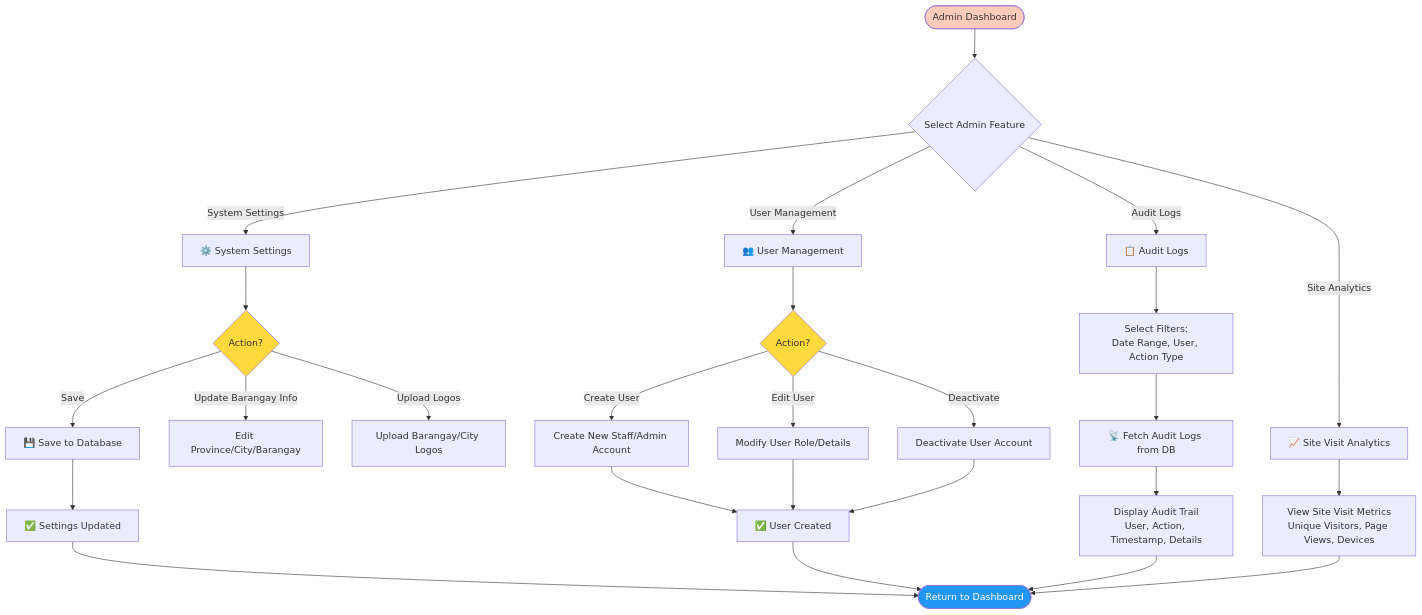
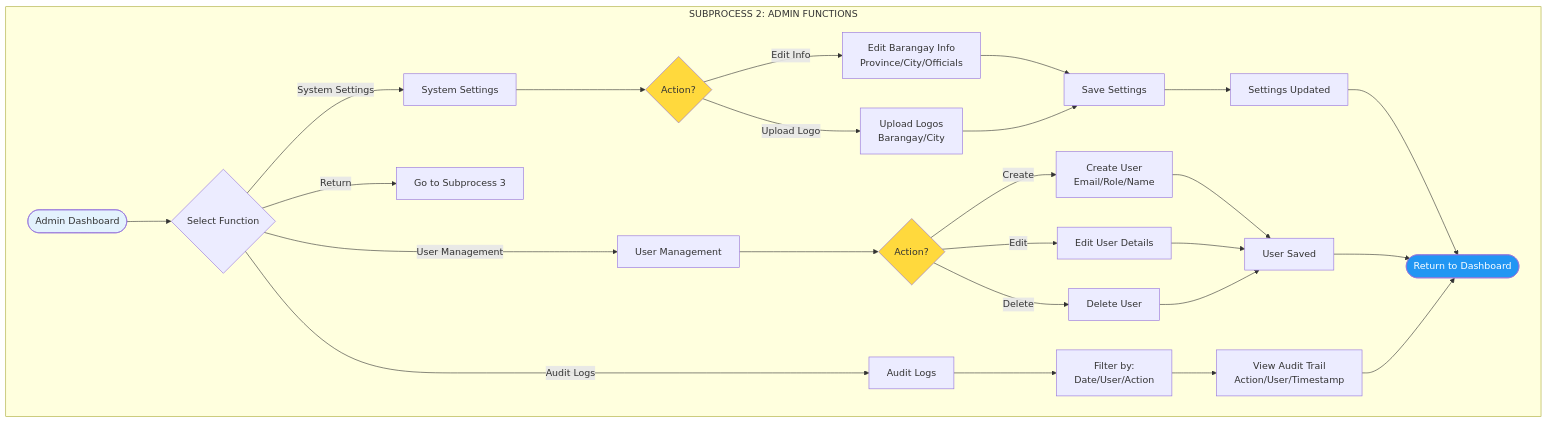
One commit to Godwynski/Final changed the fourth of 10 diagrams in public/README.md. Above: the diagram before and after it, drawn with Mermaid. The commit also changed other lines of this file and 15 other files, not shown here.

Commit message:
feat: Introduce core application layout, Supabase schema, and seed data, while removing analytics and site visit tracking features.

````diff
--- a/public/README.md
+++ b/public/README.md
@@ -475,41 +678,42 @@
 ```mermaid
 flowchart TD
-    Start([Admin Dashboard]) --> AdminMenu{Select Admin Feature}
+    subgraph Admin["SUBPROCESS 2: ADMIN FUNCTIONS"]
+        Start([Admin Dashboard]) --> Menu{Select Function}
 
-    AdminMenu -->|System Settings| Settings[⚙️ System Settings]
-    AdminMenu -->|User Management| Users[👥 User Management]
-    AdminMenu -->|Audit Logs| Audit[📋 Audit Logs]
-    AdminMenu -->|Site Analytics| SiteVisits[📈 Site Visit Analytics]
+        Menu -->|System Settings| Settings[System Settings]
+        Menu -->|User Management| Users[User Management]
+        Menu -->|Audit Logs| Audit[Audit Logs]
+        Menu -->|Return| ReturnOps[Go to Subprocess 3]
 
-    Settings --> SettingsAction{Action?}
-    SettingsAction -->|Update Barangay Info| UpdateInfo[Edit Province/City/Barangay]
-    SettingsAction -->|Upload Logos| UploadLogo[Upload Barangay/City Logos]
-    SettingsAction -->|Save| SaveSettings[💾 Save to Database]
+        %% System Settings
+        Settings --> SettingsAction{Action?}
+        SettingsAction -->|Edit Info| EditBarangay[Edit Barangay Info<br/>Province/City/Officials]
+        SettingsAction -->|Upload Logo| UploadLogo[Upload Logos<br/>Barangay/City]
+        EditBarangay --> SaveSettings[Save Settings]
+        UploadLogo --> SaveSettings
+        SaveSettings --> SettingsOK[Settings Updated]
 
-    SaveSettings --> SettingsSuccess[✅ Settings Updated]
+        %% User Management
+        Users --> UserAction{Action?}
+        UserAction -->|Create| CreateUser[Create User<br/>Email/Role/Name]
+        UserAction -->|Edit| EditUser[Edit User Details]
+        UserAction -->|Delete| DeleteUser[Delete User]
+        CreateUser --> UserOK[User Saved]
+        EditUser --> UserOK
+        DeleteUser --> UserOK
 
-    Users --> UserAction{Action?}
-    UserAction -->|Create User| CreateUser[Create New Staff/Admin Account]
-    UserAction -->|Edit User| EditUser[Modify User Role/Details]
-    UserAction -->|Deactivate| DeactivateUser[Deactivate User Account]
+        %% Audit Logs
+        Audit --> AuditFilters[Filter by:<br/>Date/User/Action]
+        AuditFilters --> ViewLogs[View Audit Trail<br/>Action/User/Timestamp]
 
-    CreateUser --> UserSuccess[✅ User Created]
-    EditUser --> UserSuccess
-    DeactivateUser --> UserSuccess
+        %% End States
+        SettingsOK --> End([Return to Dashboard])
+        UserOK --> End
+        ViewLogs --> End
+    end
 
-    Audit --> SelectFilters[Select Filters:<br/>Date Range, User, Action Type]
-    SelectFilters --> FetchLogs[📡 Fetch Audit Logs from DB]
-    FetchLogs --> DisplayLogs[Display Audit Trail<br/>User, Action, Timestamp, Details]
-
-    SiteVisits --> ViewVisits[View Site Visit Metrics<br/>Unique Visitors, Page Views, Devices]
-
-    SettingsSuccess --> End([Return to Dashboard])
-    UserSuccess --> End
-    DisplayLogs --> End
-    ViewVisits --> End
-
-    style Start fill:#ffccbc
+    style Start fill:#e3f2fd
     style End fill:#2196F3,color:#fff
     style SettingsAction fill:#ffd93d
     style UserAction fill:#ffd93d
 ```
````
